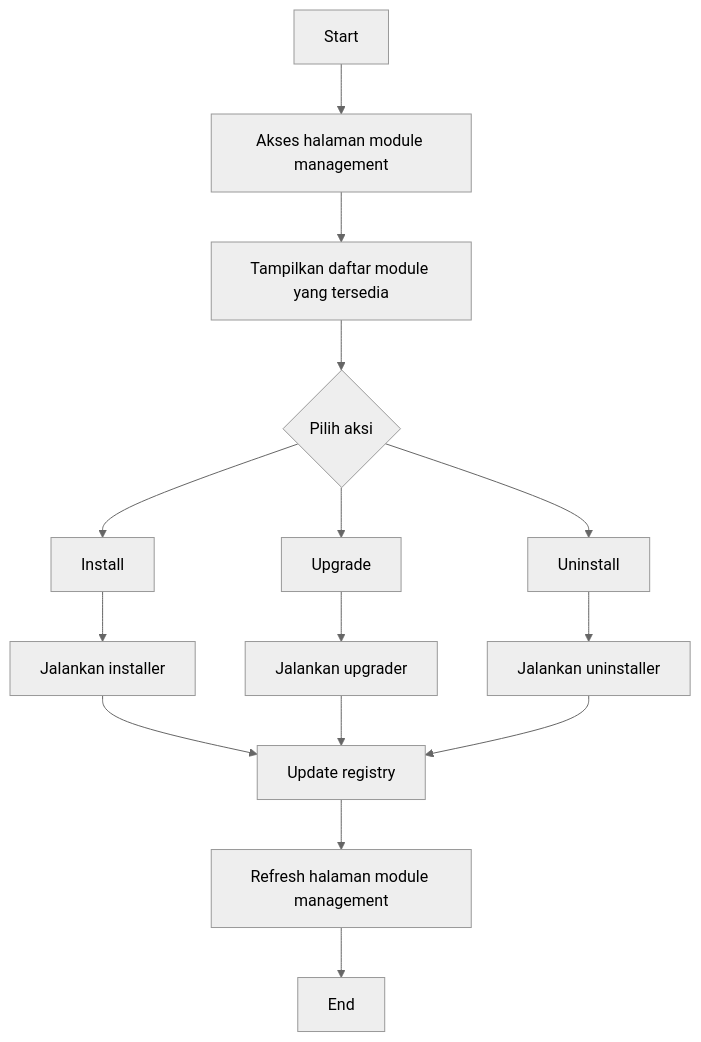
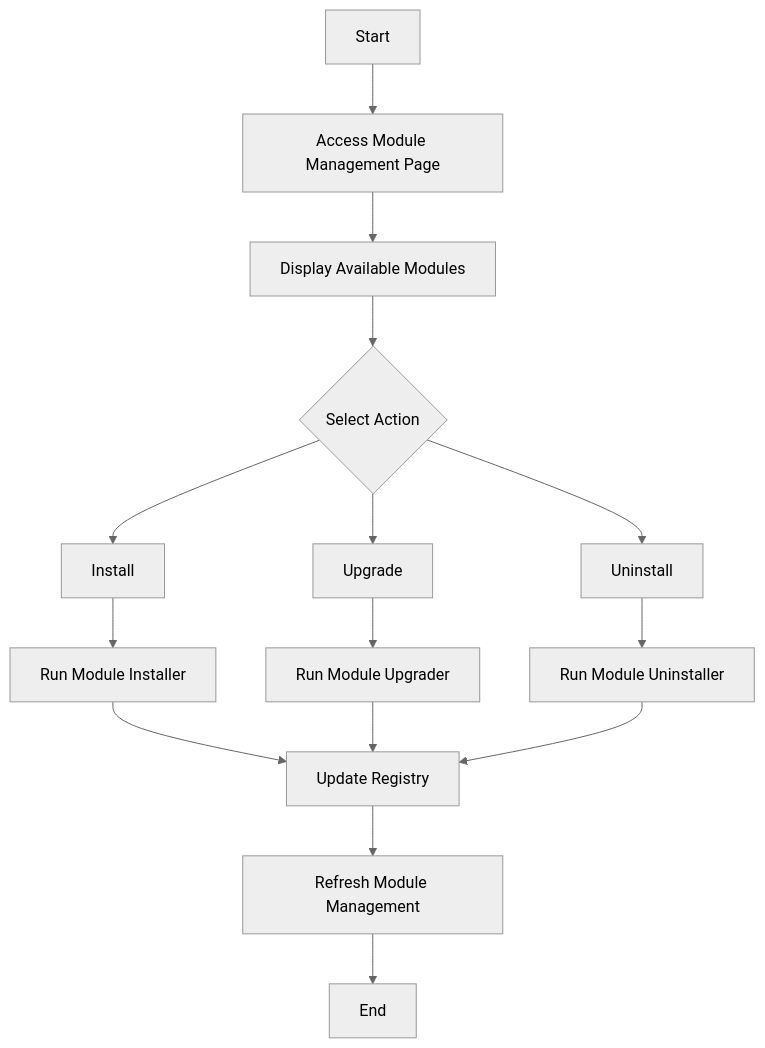
Before and after one commit to ridwaanhall/django-app-modular: the second of 4 diagrams in README.md, drawn with Mermaid (neutral theme). The commit also changed other lines of this file, not shown here.

````diff
--- a/README.md
+++ b/README.md
@@ -63,17 +266,17 @@
-   ```mermaid
-   graph TD;
-      Start-->A[Akses halaman module management];
-      A-->B[Tampilkan daftar module yang tersedia];
-      B-->C{Pilih aksi};
-      C-->D[Install];
-      C-->E[Upgrade];
-      C-->F[Uninstall];
-      D-->G[Jalankan installer];
-      E-->H[Jalankan upgrader];
-      F-->I[Jalankan uninstaller];
-      G-->J[Update registry];
-      H-->J[Update registry];
-      I-->J[Update registry];
-      J-->K[Refresh halaman module management];
-      K-->End;
-   ```
+```mermaid
+graph TD;
+    Start-->A[Access Module Management Page];
+    A-->B[Display Available Modules];
+    B-->C{Select Action};
+    C-->D[Install];
+    C-->E[Upgrade];
+    C-->F[Uninstall];
+    D-->G[Run Module Installer];
+    E-->H[Run Module Upgrader];
+    F-->I[Run Module Uninstaller];
+    G-->J[Update Registry];
+    H-->J[Update Registry];
+    I-->J[Update Registry];
+    J-->K[Refresh Module Management];
+    K-->End;
+```
````
